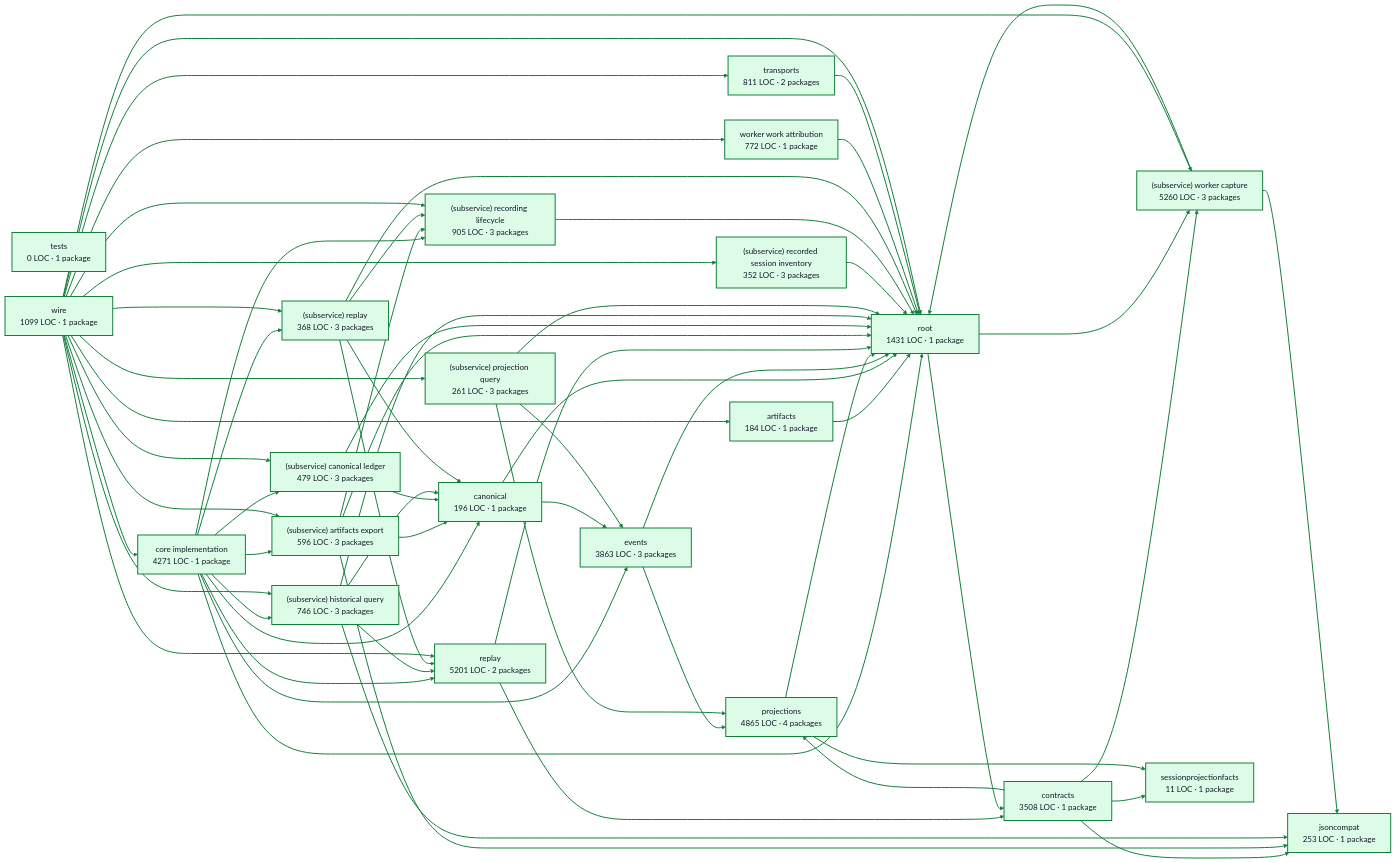
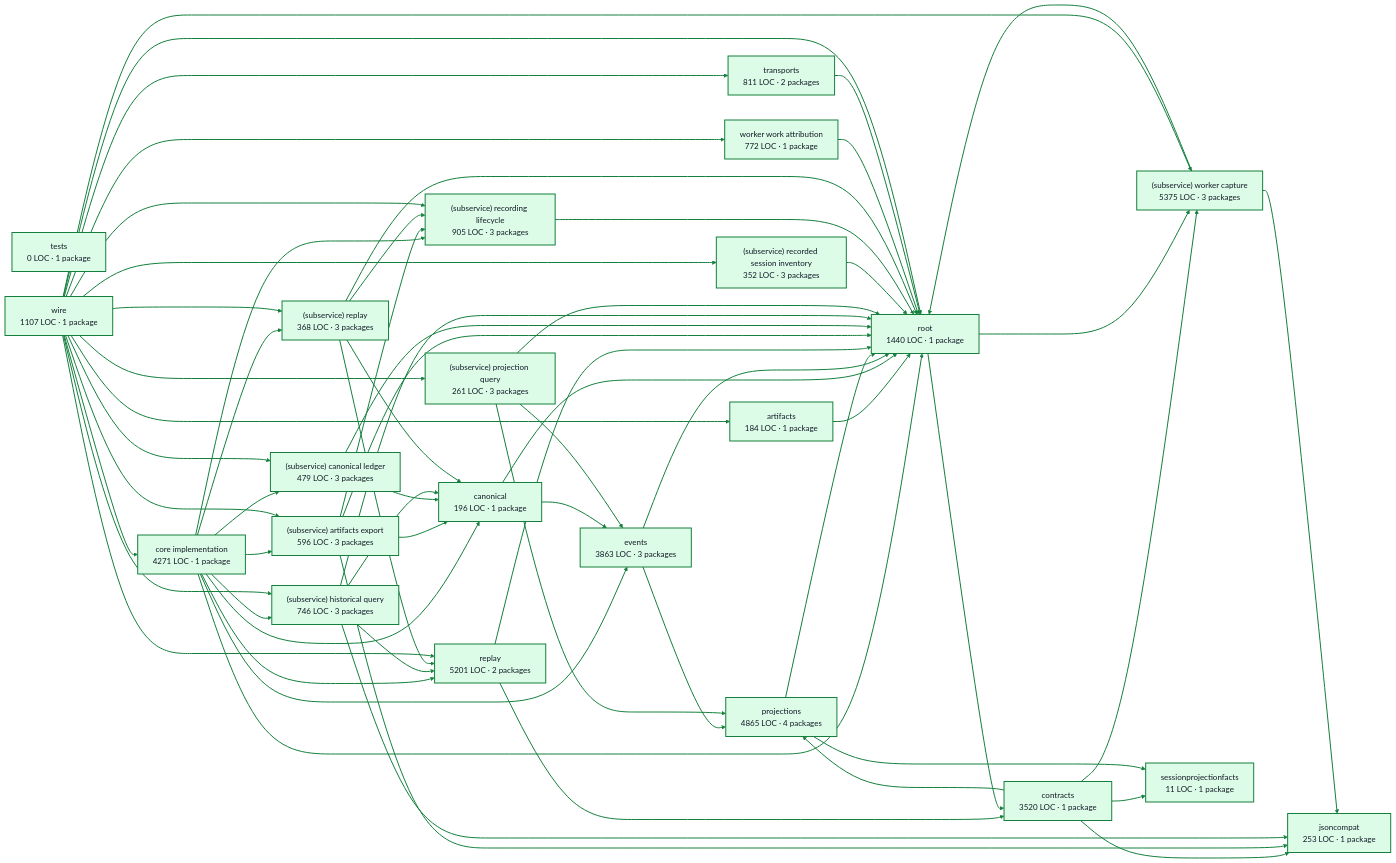
Before and after one commit to portpowered/you-agent-factory: the diagram in docs/architecture/visualizations/services/recordings.md, drawn with Mermaid. The commit also changed other lines of this file and 20 other files, not shown here.

Commit message:
docs: refresh backend architecture visualizations

```diff
--- a/docs/architecture/visualizations/services/recordings.md
+++ b/docs/architecture/visualizations/services/recordings.md
@@ -13,7 +13,7 @@
   p0["core implementation<br/>4271 LOC · 1 package"]
   p1["artifacts<br/>184 LOC · 1 package"]
   p2["canonical<br/>196 LOC · 1 package"]
-  p3["contracts<br/>3508 LOC · 1 package"]
+  p3["contracts<br/>3520 LOC · 1 package"]
   p4["events<br/>3863 LOC · 3 packages"]
   p5["jsoncompat<br/>253 LOC · 1 package"]
   p6["projections<br/>4865 LOC · 4 packages"]
@@ -25,13 +25,13 @@
   p12["(subservice) recorded session inventory<br/>352 LOC · 3 packages"]
   p13["(subservice) recording lifecycle<br/>905 LOC · 3 packages"]
   p14["(subservice) replay<br/>368 LOC · 3 packages"]
-  p15["(subservice) worker capture<br/>5260 LOC · 3 packages"]
+  p15["(subservice) worker capture<br/>5375 LOC · 3 packages"]
   p16["sessionprojectionfacts<br/>11 LOC · 1 package"]
   p17["tests<br/>0 LOC · 1 package"]
   p18["worker work attribution<br/>772 LOC · 1 package"]
-  p19["root<br/>1431 LOC · 1 package"]
+  p19["root<br/>1440 LOC · 1 package"]
   p20["transports<br/>811 LOC · 2 packages"]
-  p21["wire<br/>1099 LOC · 1 package"]
+  p21["wire<br/>1107 LOC · 1 package"]
   p0 --> p2
   p0 --> p4
   p0 --> p7
```
